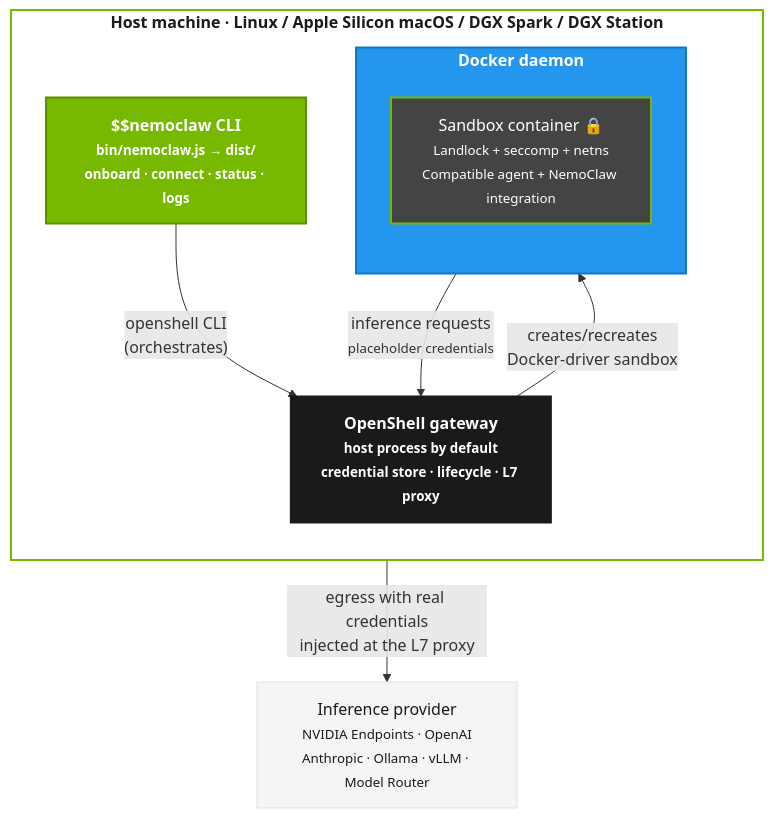
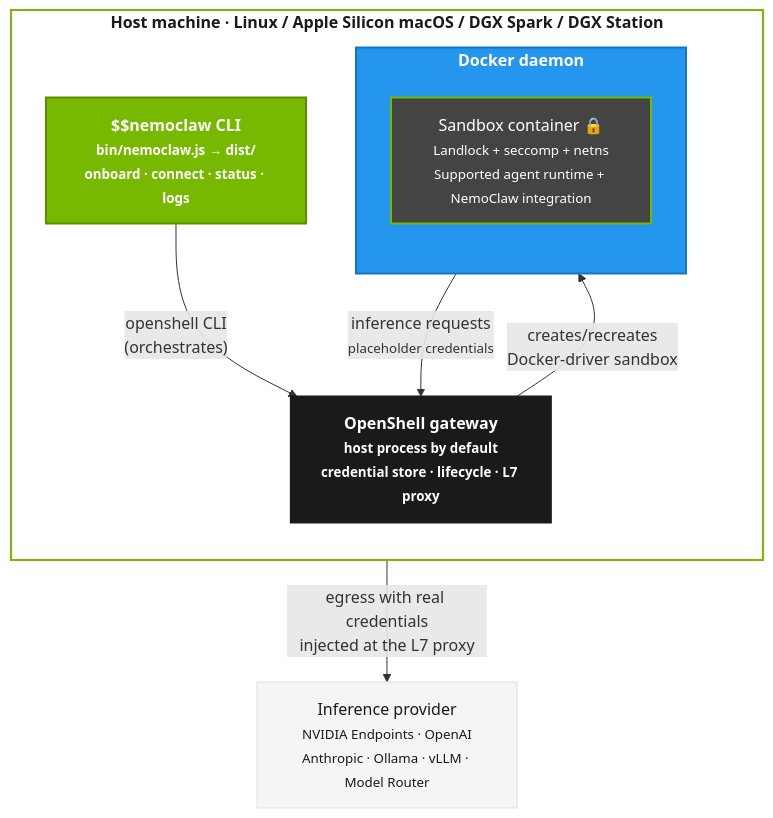
One commit to Abhi190702/NemoClaw changed the second of 3 diagrams in docs/reference/architecture.mdx. Above: the diagram before and after it, drawn with Mermaid. The commit also changed other lines of this file and 1 other file, not shown here.

````diff
--- a/docs/reference/architecture.mdx
+++ b/docs/reference/architecture.mdx
@@ -145,32 +145,32 @@
 ```mermaid
 graph TB
     classDef host fill:#fff,stroke:#76b900,stroke-width:2px,color:#1a1a1a,font-weight:bold
     classDef cli fill:#76b900,stroke:#5a8f00,color:#fff,stroke-width:2px,font-weight:bold
     classDef docker fill:#2496ed,stroke:#1577c2,color:#fff,stroke-width:2px,font-weight:bold
     classDef gateway fill:#1a1a1a,stroke:#1a1a1a,color:#fff,stroke-width:2px,font-weight:bold
     classDef sandbox fill:#444,stroke:#76b900,color:#fff,stroke-width:2px
     classDef external fill:#f5f5f5,stroke:#e0e0e0,color:#1a1a1a,stroke-width:1px
 
     subgraph HOST["Host machine · Linux / Apple Silicon macOS / DGX Spark / DGX Station"]
         direction TB
         CLI["$$nemoclaw CLI<br/><small>bin/nemoclaw.js → dist/<br/>onboard · connect · status · logs</small>"]:::cli
         GW["OpenShell gateway<br/><small>host process by default<br/>credential store · lifecycle · L7 proxy</small>"]:::gateway
 
         subgraph DOCKER["Docker daemon"]
             direction TB
-            SANDBOX["Sandbox container 🔒<br/><small>Landlock + seccomp + netns<br/>Compatible agent + NemoClaw integration</small>"]:::sandbox
+            SANDBOX["Sandbox container 🔒<br/><small>Landlock + seccomp + netns<br/>Supported agent runtime + NemoClaw integration</small>"]:::sandbox
         end
     end
 
     INFER["Inference provider<br/><small>NVIDIA Endpoints · OpenAI<br/>Anthropic · Ollama · vLLM · Model Router</small>"]:::external
 
     CLI -->|"openshell CLI<br/>(orchestrates)"| GW
     GW -->|"creates/recreates<br/>Docker-driver sandbox"| SANDBOX
     SANDBOX -->|"inference requests<br/><small>placeholder credentials</small>"| GW
     GW -->|"egress with real credentials<br/>injected at the L7 proxy"| INFER
 
     class HOST host
     class DOCKER docker
     class GW gateway
     class SANDBOX sandbox
 ```
````
